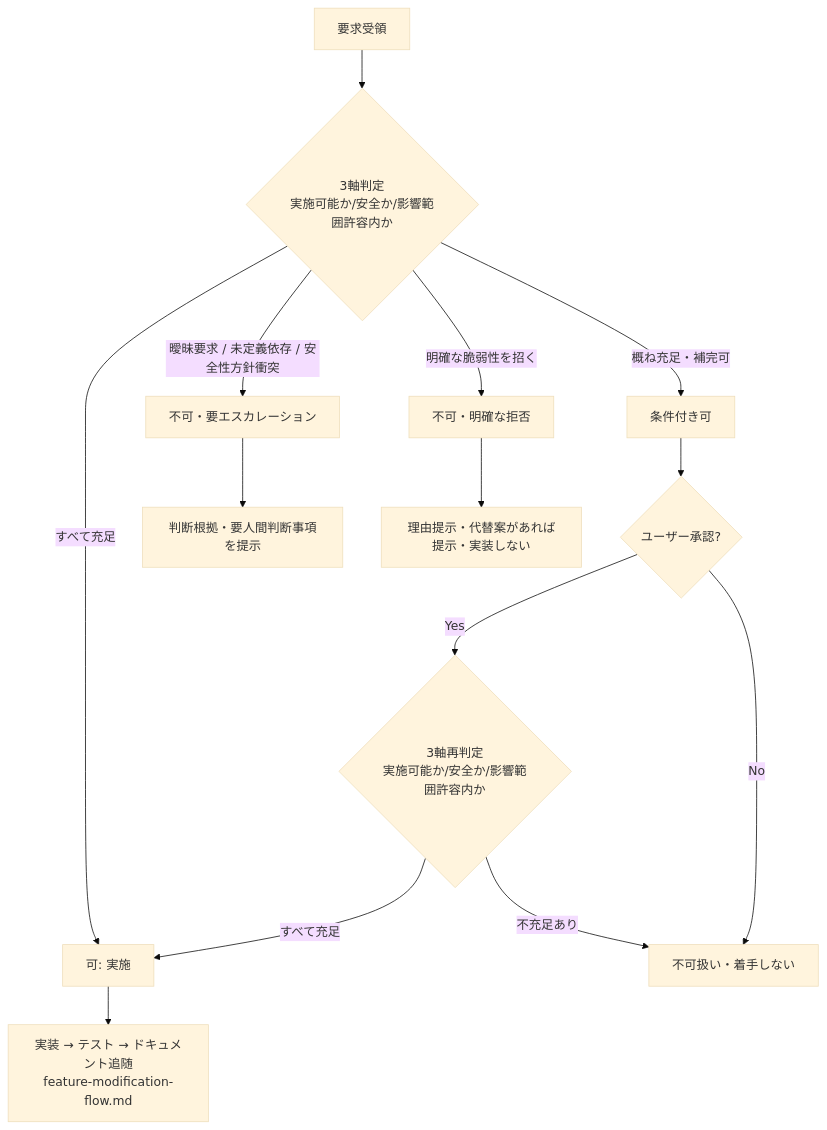
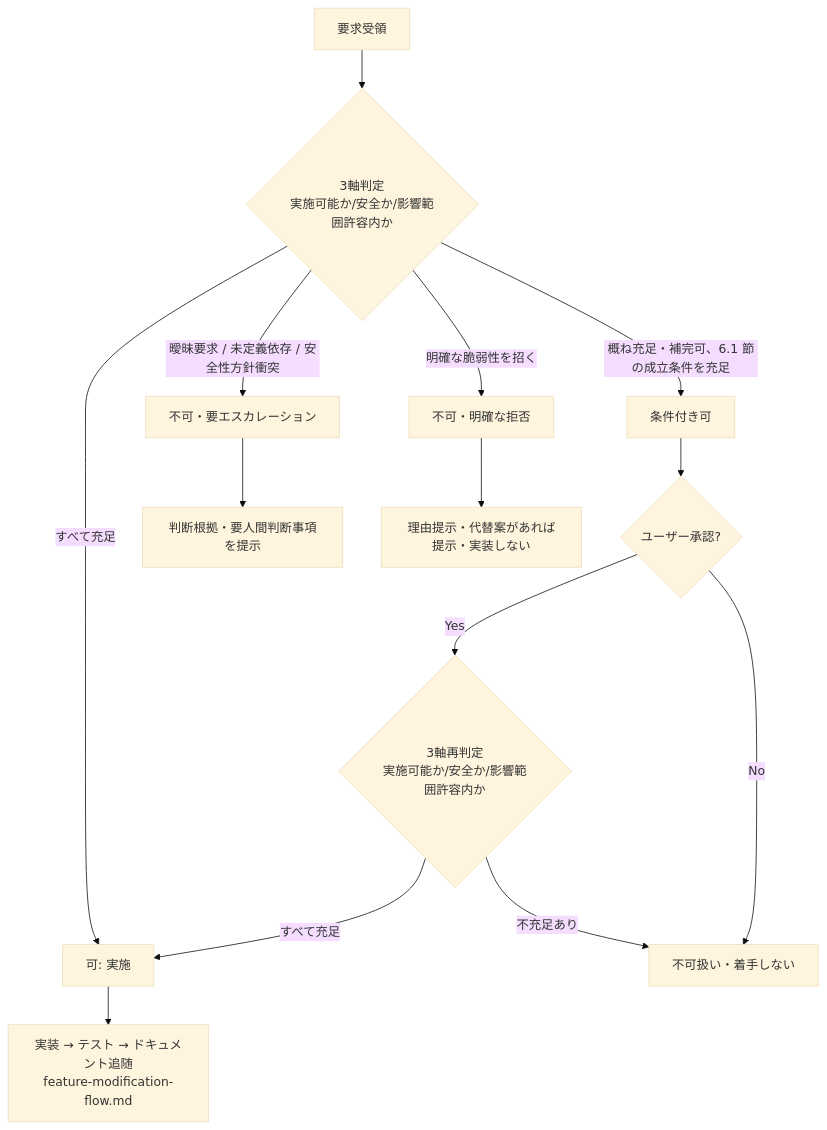
The diagram in docs/design/feasibility-guardrail.md (Fandhe-AI/fandhe-backend), drawn with Mermaid (base theme) before and after one commit. The commit also changed other lines of this file and 4 other files, not shown here.

````diff
--- a/docs/design/feasibility-guardrail.md
+++ b/docs/design/feasibility-guardrail.md
@@ -179,16 +249,16 @@
 ```mermaid
 flowchart TD
     A[要求受領] --> B{3軸判定<br/>実施可能か/安全か/影響範囲許容内か}
     B -->|すべて充足| C[可: 実施]
-    B -->|概ね充足・補完可| D[条件付き可]
+    B -->|概ね充足・補完可、6.1 節の成立条件を充足| D[条件付き可]
     D --> E{ユーザー承認?}
     E -->|Yes| R{3軸再判定<br/>実施可能か/安全か/影響範囲許容内か}
     R -->|すべて充足| C
     R -->|不充足あり| F
     E -->|No| F[不可扱い・着手しない]
     B -->|曖昧要求 / 未定義依存 / 安全性方針衝突| G[不可・要エスカレーション]
     B -->|明確な脆弱性を招く| H[不可・明確な拒否]
     G --> I[判断根拠・要人間判断事項を提示]
     H --> J[理由提示・代替案があれば提示・実装しない]
     C --> K[実装 → テスト → ドキュメント追随<br/>feature-modification-flow.md]
 ```
````
